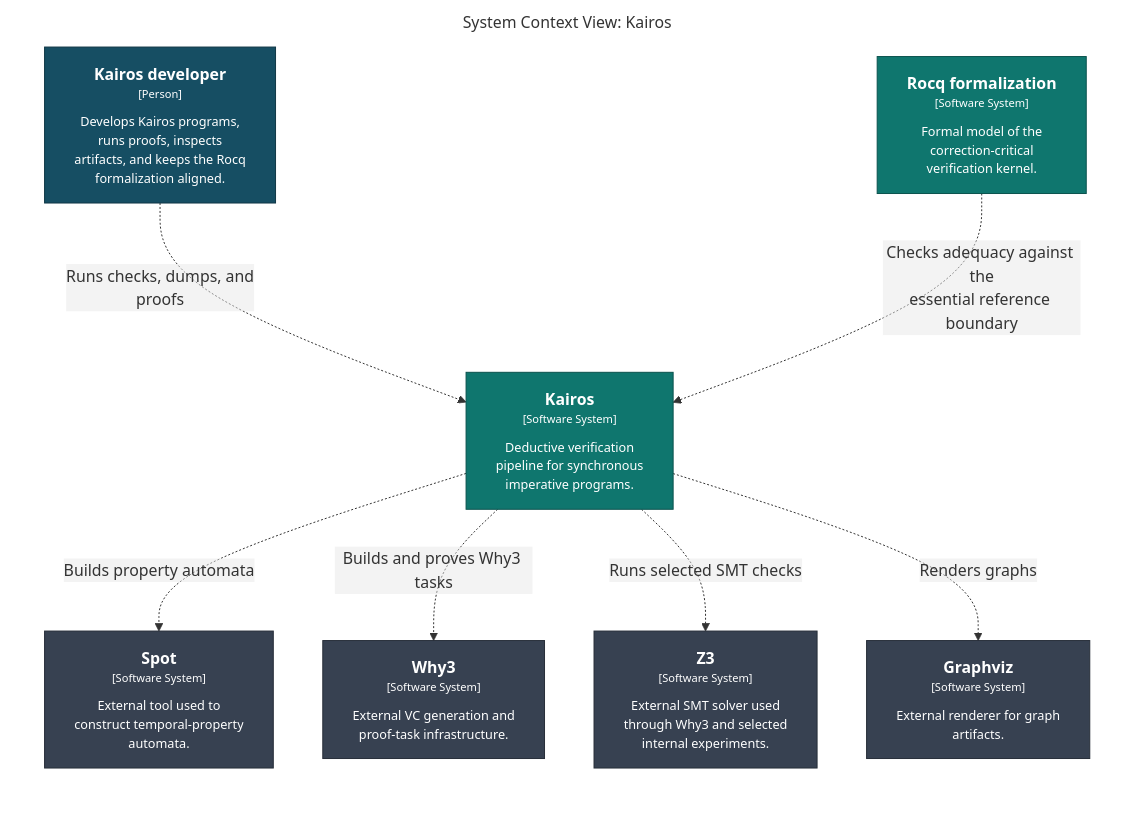
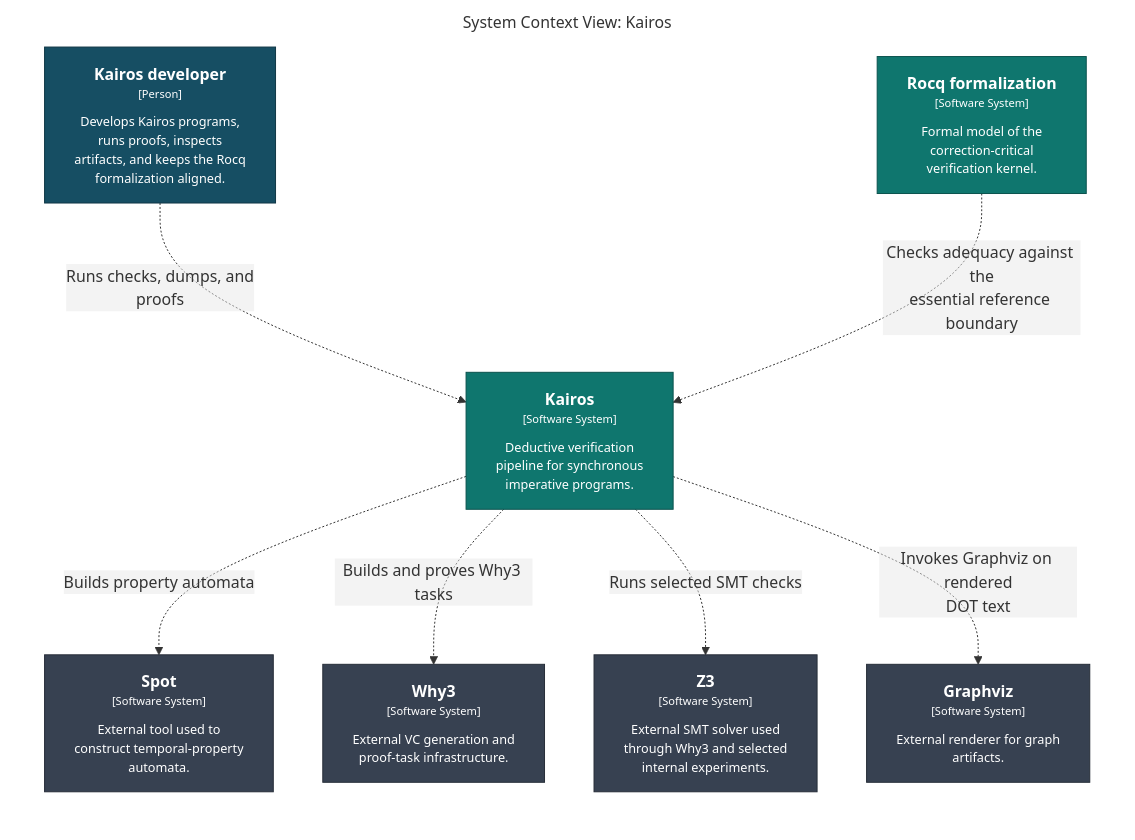
The diagram in docs/architecture/structurizr/export/mermaid/structurizr-kairos-system-context.mmd (DabrowskiFr/Kairos), drawn with Mermaid before and after one commit. The commit also changed 137 other files, not shown here.

Commit message:
Simplify Kairos engine architecture

```diff
--- a/docs/architecture/structurizr/export/mermaid/structurizr-kairos-system-context.mmd
+++ b/docs/architecture/structurizr/export/mermaid/structurizr-kairos-system-context.mmd
@@ -1,29 +1,29 @@
 graph LR
   linkStyle default fill:#ffffff
 
   subgraph diagram ["System Context View: Kairos"]
     style diagram fill:#ffffff,stroke:#ffffff
 
     1["<div style='font-weight: bold'>Kairos developer</div><div style='font-size: 70%; margin-top: 0px'>[Person]</div><div style='font-size: 80%; margin-top:10px'>Develops Kairos programs,<br />runs proofs, inspects<br />artifacts, and keeps the Rocq<br />formalization aligned.</div>"]
     style 1 fill:#164e63,stroke:#0f3645,color:#ffffff
     2["<div style='font-weight: bold'>Rocq formalization</div><div style='font-size: 70%; margin-top: 0px'>[Software System]</div><div style='font-size: 80%; margin-top:10px'>Formal model of the<br />correction-critical<br />verification kernel.</div>"]
     style 2 fill:#0f766e,stroke:#0a524d,color:#ffffff
     3["<div style='font-weight: bold'>Spot</div><div style='font-size: 70%; margin-top: 0px'>[Software System]</div><div style='font-size: 80%; margin-top:10px'>External tool used to<br />construct temporal-property<br />automata.</div>"]
     style 3 fill:#374151,stroke:#262d38,color:#ffffff
     4["<div style='font-weight: bold'>Why3</div><div style='font-size: 70%; margin-top: 0px'>[Software System]</div><div style='font-size: 80%; margin-top:10px'>External VC generation and<br />proof-task infrastructure.</div>"]
     style 4 fill:#374151,stroke:#262d38,color:#ffffff
     5["<div style='font-weight: bold'>Z3</div><div style='font-size: 70%; margin-top: 0px'>[Software System]</div><div style='font-size: 80%; margin-top:10px'>External SMT solver used<br />through Why3 and selected<br />internal experiments.</div>"]
     style 5 fill:#374151,stroke:#262d38,color:#ffffff
     6["<div style='font-weight: bold'>Graphviz</div><div style='font-size: 70%; margin-top: 0px'>[Software System]</div><div style='font-size: 80%; margin-top:10px'>External renderer for graph<br />artifacts.</div>"]
     style 6 fill:#374151,stroke:#262d38,color:#ffffff
     7["<div style='font-weight: bold'>Kairos</div><div style='font-size: 70%; margin-top: 0px'>[Software System]</div><div style='font-size: 80%; margin-top:10px'>Deductive verification<br />pipeline for synchronous<br />imperative programs.</div>"]
     style 7 fill:#0f766e,stroke:#0a524d,color:#ffffff
 
     1-. "<div>Runs checks, dumps, and<br />proofs</div><div style='font-size: 70%'></div>" .->7
+    7-. "<div>Invokes Graphviz on rendered<br />DOT text</div><div style='font-size: 70%'></div>" .->6
     7-. "<div>Builds property automata</div><div style='font-size: 70%'></div>" .->3
     7-. "<div>Builds and proves Why3 tasks</div><div style='font-size: 70%'></div>" .->4
     7-. "<div>Runs selected SMT checks</div><div style='font-size: 70%'></div>" .->5
-    7-. "<div>Renders graphs</div><div style='font-size: 70%'></div>" .->6
     2-. "<div>Checks adequacy against the<br />essential reference boundary</div><div style='font-size: 70%'></div>" .->7
 
   end
```
